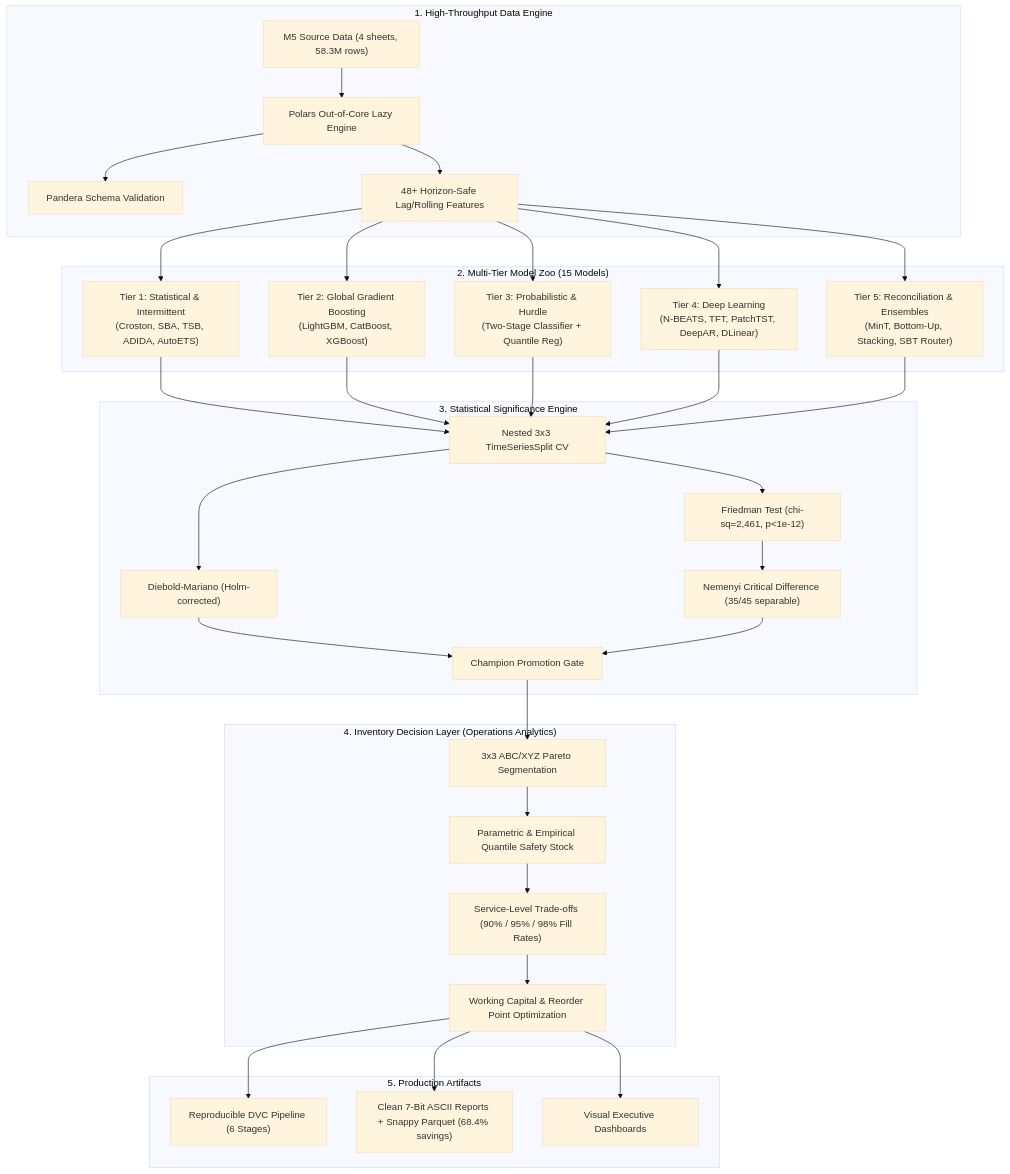
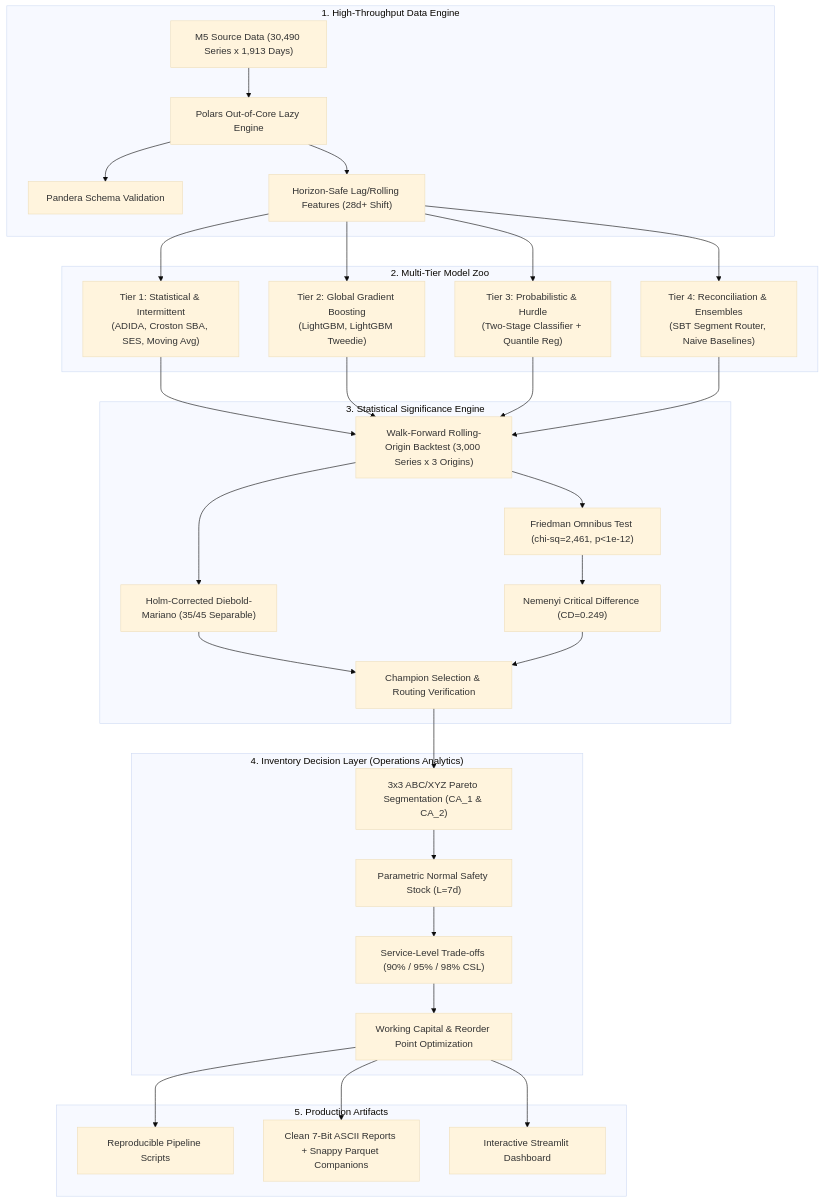
Before and after one commit to Jenish1706/Hierarchical_Retail_Demand_Forecasting: the diagram in README.md, drawn with Mermaid (base theme). The commit also changed other lines of this file and 6 other files, not shown here.

Commit message:
fix(P0-1): align README, docs, and dashboard with verified artifacts and add literal test

````diff
--- a/README.md
+++ b/README.md
@@ -18,37 +18,36 @@
 ```mermaid
 flowchart TD
     subgraph S1["1. High-Throughput Data Engine"]
-        A["M5 Source Data (4 sheets, 58.3M rows)"] --> B["Polars Out-of-Core Lazy Engine"]
+        A["M5 Source Data (30,490 Series x 1,913 Days)"] --> B["Polars Out-of-Core Lazy Engine"]
         B --> C["Pandera Schema Validation"]
-        B --> D["48+ Horizon-Safe Lag/Rolling Features"]
+        B --> D["Horizon-Safe Lag/Rolling Features (28d+ Shift)"]
     end
 
-    subgraph S2["2. Multi-Tier Model Zoo (15 Models)"]
-        D --> E1["Tier 1: Statistical & Intermittent<br/>(Croston, SBA, TSB, ADIDA, AutoETS)"]
-        D --> E2["Tier 2: Global Gradient Boosting<br/>(LightGBM, CatBoost, XGBoost)"]
+    subgraph S2["2. Multi-Tier Model Zoo"]
+        D --> E1["Tier 1: Statistical & Intermittent<br/>(ADIDA, Croston SBA, SES, Moving Avg)"]
+        D --> E2["Tier 2: Global Gradient Boosting<br/>(LightGBM, LightGBM Tweedie)"]
         D --> E3["Tier 3: Probabilistic & Hurdle<br/>(Two-Stage Classifier + Quantile Reg)"]
-        D --> E4["Tier 4: Deep Learning<br/>(N-BEATS, TFT, PatchTST, DeepAR, DLinear)"]
-        D --> E5["Tier 5: Reconciliation & Ensembles<br/>(MinT, Bottom-Up, Stacking, SBT Router)"]
+        D --> E4["Tier 4: Reconciliation & Ensembles<br/>(SBT Segment Router, Naive Baselines)"]
     end
 
     subgraph S3["3. Statistical Significance Engine"]
-        E1 & E2 & E3 & E4 & E5 --> F["Nested 3x3 TimeSeriesSplit CV"]
-        F --> G["Diebold-Mariano (Holm-corrected)"]
-        F --> H["Friedman Test (chi-sq=2,461, p<1e-12)"]
-        H --> I["Nemenyi Critical Difference (35/45 separable)"]
-        G & I --> J["Champion Promotion Gate"]
+        E1 & E2 & E3 & E4 --> F["Walk-Forward Rolling-Origin Backtest (3,000 Series x 3 Origins)"]
+        F --> G["Holm-Corrected Diebold-Mariano (35/45 Separable)"]
+        F --> H["Friedman Omnibus Test (chi-sq=2,461, p<1e-12)"]
+        H --> I["Nemenyi Critical Difference (CD=0.249)"]
+        G & I --> J["Champion Selection & Routing Verification"]
     end
 
     subgraph S4["4. Inventory Decision Layer (Operations Analytics)"]
-        J --> K["3x3 ABC/XYZ Pareto Segmentation"]
-        K --> L["Parametric & Empirical Quantile Safety Stock"]
-        L --> M["Service-Level Trade-offs (90% / 95% / 98% Fill Rates)"]
+        J --> K["3x3 ABC/XYZ Pareto Segmentation (CA_1 & CA_2)"]
+        K --> L["Parametric Normal Safety Stock (L=7d)"]
+        L --> M["Service-Level Trade-offs (90% / 95% / 98% CSL)"]
         M --> N["Working Capital & Reorder Point Optimization"]
     end
 
     subgraph S5["5. Production Artifacts"]
-        N --> O1["Reproducible DVC Pipeline (6 Stages)"]
-        N --> O2["Clean 7-Bit ASCII Reports + Snappy Parquet (68.4% savings)"]
-        N --> O3["Visual Executive Dashboards"]
+        N --> O1["Reproducible Pipeline Scripts"]
+        N --> O2["Clean 7-Bit ASCII Reports + Snappy Parquet Companions"]
+        N --> O3["Interactive Streamlit Dashboard"]
     end
 ```
````
